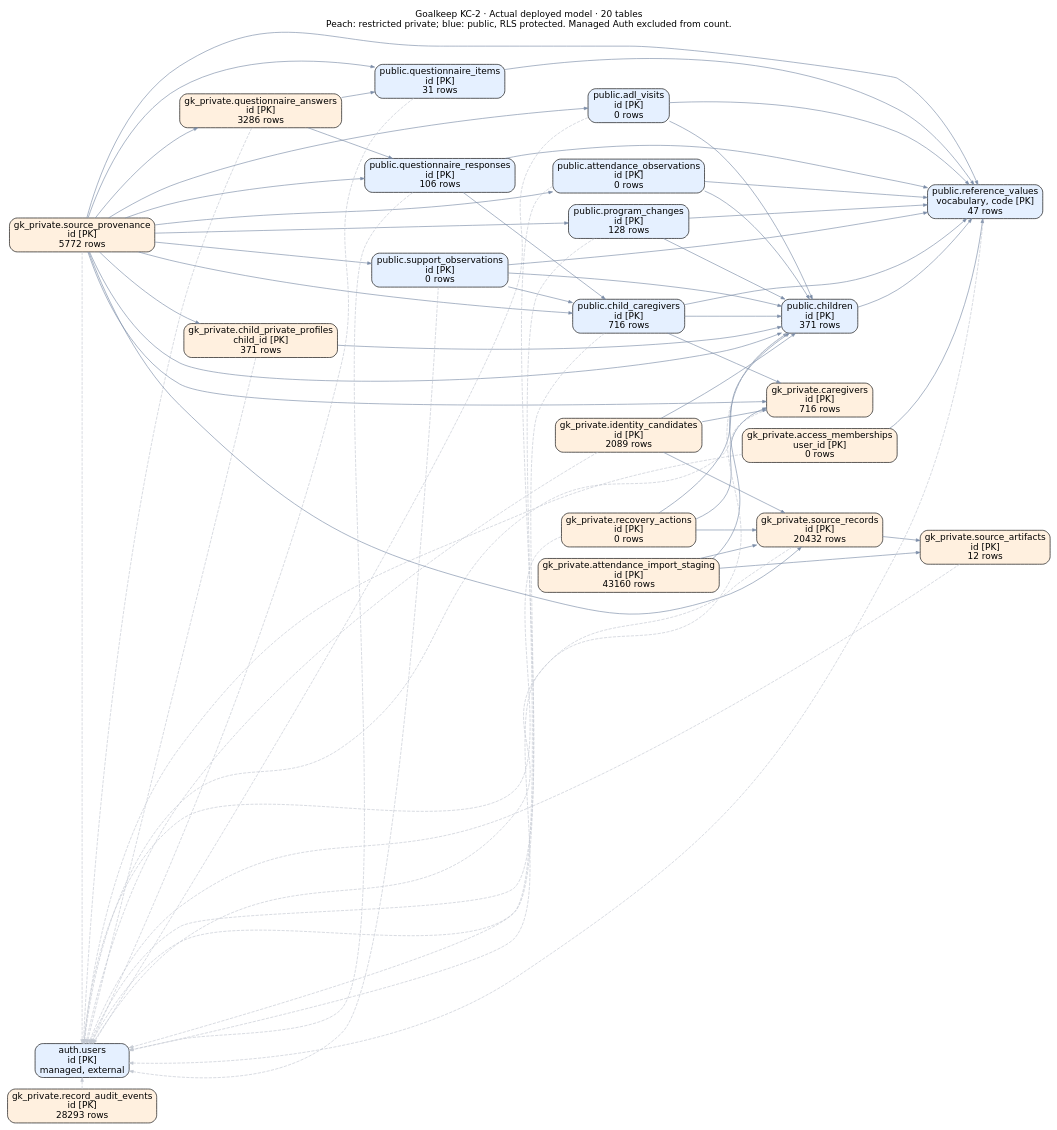
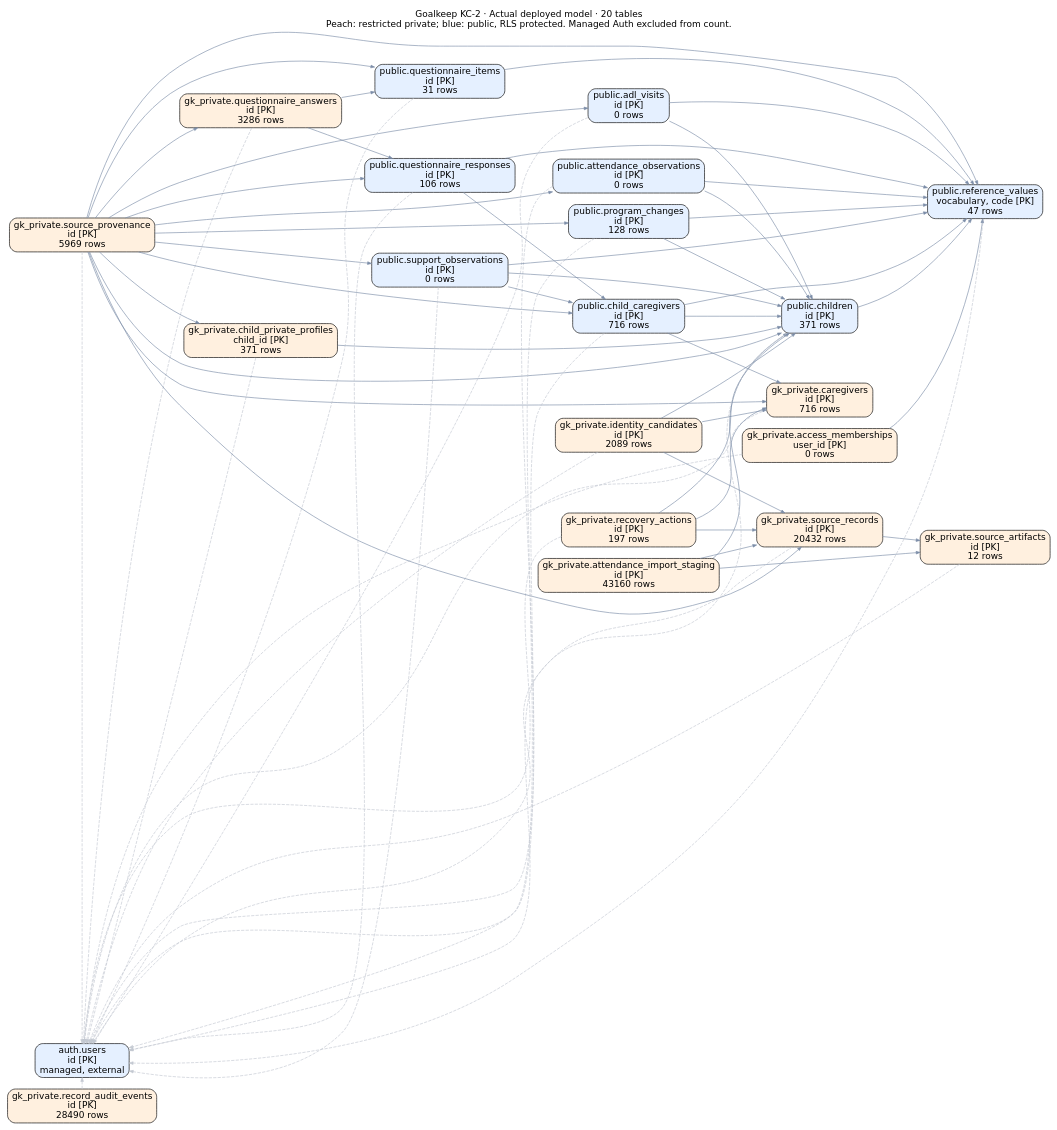
The diagram in docs/visual/final-deployed-er.dot (data-culture-goalkeep/kc2-integrated-data-system-vidhan), drawn with Graphviz before and after one commit. The commit also changed 12 other files, not shown here.

```diff
--- a/docs/visual/final-deployed-er.dot
+++ b/docs/visual/final-deployed-er.dot
@@ -1,85 +1,85 @@
 digraph final { graph[rankdir=LR,bgcolor=white,fontname="DejaVu Sans",labelloc=t,label="Goalkeep KC-2 · Actual deployed model · 20 tables\nPeach: restricted private; blue: public, RLS protected. Managed Auth excluded from count."]; node[shape=box,style="rounded,filled",fontname="DejaVu Sans"];edge[color="#7c8da8",arrowsize=.6];
 GK_PRIVATE_ACCESS_MEMBERSHIPS [label="gk_private.access_memberships\nuser_id [PK]\n0 rows",fillcolor="#fff0df"];
 GK_PRIVATE_ATTENDANCE_IMPORT_STAGING [label="gk_private.attendance_import_staging\nid [PK]\n43160 rows",fillcolor="#fff0df"];
 GK_PRIVATE_CAREGIVERS [label="gk_private.caregivers\nid [PK]\n716 rows",fillcolor="#fff0df"];
 GK_PRIVATE_CHILD_PRIVATE_PROFILES [label="gk_private.child_private_profiles\nchild_id [PK]\n371 rows",fillcolor="#fff0df"];
 GK_PRIVATE_IDENTITY_CANDIDATES [label="gk_private.identity_candidates\nid [PK]\n2089 rows",fillcolor="#fff0df"];
 GK_PRIVATE_QUESTIONNAIRE_ANSWERS [label="gk_private.questionnaire_answers\nid [PK]\n3286 rows",fillcolor="#fff0df"];
-GK_PRIVATE_RECORD_AUDIT_EVENTS [label="gk_private.record_audit_events\nid [PK]\n28293 rows",fillcolor="#fff0df"];
-GK_PRIVATE_RECOVERY_ACTIONS [label="gk_private.recovery_actions\nid [PK]\n0 rows",fillcolor="#fff0df"];
+GK_PRIVATE_RECORD_AUDIT_EVENTS [label="gk_private.record_audit_events\nid [PK]\n28490 rows",fillcolor="#fff0df"];
+GK_PRIVATE_RECOVERY_ACTIONS [label="gk_private.recovery_actions\nid [PK]\n197 rows",fillcolor="#fff0df"];
 GK_PRIVATE_SOURCE_ARTIFACTS [label="gk_private.source_artifacts\nid [PK]\n12 rows",fillcolor="#fff0df"];
-GK_PRIVATE_SOURCE_PROVENANCE [label="gk_private.source_provenance\nid [PK]\n5772 rows",fillcolor="#fff0df"];
+GK_PRIVATE_SOURCE_PROVENANCE [label="gk_private.source_provenance\nid [PK]\n5969 rows",fillcolor="#fff0df"];
 GK_PRIVATE_SOURCE_RECORDS [label="gk_private.source_records\nid [PK]\n20432 rows",fillcolor="#fff0df"];
 PUBLIC_ADL_VISITS [label="public.adl_visits\nid [PK]\n0 rows",fillcolor="#e5f0ff"];
 PUBLIC_ATTENDANCE_OBSERVATIONS [label="public.attendance_observations\nid [PK]\n0 rows",fillcolor="#e5f0ff"];
 PUBLIC_CHILD_CAREGIVERS [label="public.child_caregivers\nid [PK]\n716 rows",fillcolor="#e5f0ff"];
 PUBLIC_CHILDREN [label="public.children\nid [PK]\n371 rows",fillcolor="#e5f0ff"];
 PUBLIC_PROGRAM_CHANGES [label="public.program_changes\nid [PK]\n128 rows",fillcolor="#e5f0ff"];
 PUBLIC_QUESTIONNAIRE_ITEMS [label="public.questionnaire_items\nid [PK]\n31 rows",fillcolor="#e5f0ff"];
 PUBLIC_QUESTIONNAIRE_RESPONSES [label="public.questionnaire_responses\nid [PK]\n106 rows",fillcolor="#e5f0ff"];
 PUBLIC_REFERENCE_VALUES [label="public.reference_values\nvocabulary, code [PK]\n47 rows",fillcolor="#e5f0ff"];
 PUBLIC_SUPPORT_OBSERVATIONS [label="public.support_observations\nid [PK]\n0 rows",fillcolor="#e5f0ff"];
 AUTH_USERS [label="auth.users\nid [PK]\nmanaged, external",fillcolor="#e5f0ff"];
 GK_PRIVATE_ACCESS_MEMBERSHIPS -> AUTH_USERS [style=dashed,color="#c3c9d1",constraint=false];
 GK_PRIVATE_ACCESS_MEMBERSHIPS -> PUBLIC_REFERENCE_VALUES;
 GK_PRIVATE_ATTENDANCE_IMPORT_STAGING -> GK_PRIVATE_SOURCE_ARTIFACTS;
 GK_PRIVATE_ATTENDANCE_IMPORT_STAGING -> GK_PRIVATE_SOURCE_RECORDS;
 GK_PRIVATE_ATTENDANCE_IMPORT_STAGING -> PUBLIC_CHILDREN;
 GK_PRIVATE_CAREGIVERS -> AUTH_USERS [style=dashed,color="#c3c9d1",constraint=false];
 GK_PRIVATE_CHILD_PRIVATE_PROFILES -> AUTH_USERS [style=dashed,color="#c3c9d1",constraint=false];
 GK_PRIVATE_CHILD_PRIVATE_PROFILES -> PUBLIC_CHILDREN;
 GK_PRIVATE_IDENTITY_CANDIDATES -> GK_PRIVATE_SOURCE_RECORDS;
 GK_PRIVATE_IDENTITY_CANDIDATES -> PUBLIC_CHILDREN;
 GK_PRIVATE_IDENTITY_CANDIDATES -> GK_PRIVATE_CAREGIVERS;
 GK_PRIVATE_IDENTITY_CANDIDATES -> AUTH_USERS [style=dashed,color="#c3c9d1",constraint=false];
 GK_PRIVATE_QUESTIONNAIRE_ANSWERS -> AUTH_USERS [style=dashed,color="#c3c9d1",constraint=false];
 GK_PRIVATE_QUESTIONNAIRE_ANSWERS -> PUBLIC_QUESTIONNAIRE_RESPONSES;
 GK_PRIVATE_QUESTIONNAIRE_ANSWERS -> PUBLIC_QUESTIONNAIRE_ITEMS;
 GK_PRIVATE_RECORD_AUDIT_EVENTS -> AUTH_USERS [style=dashed,color="#c3c9d1",constraint=false];
 GK_PRIVATE_RECOVERY_ACTIONS -> GK_PRIVATE_SOURCE_RECORDS;
 GK_PRIVATE_RECOVERY_ACTIONS -> PUBLIC_CHILDREN;
 GK_PRIVATE_RECOVERY_ACTIONS -> GK_PRIVATE_CAREGIVERS;
 GK_PRIVATE_RECOVERY_ACTIONS -> AUTH_USERS [style=dashed,color="#c3c9d1",constraint=false];
 GK_PRIVATE_SOURCE_ARTIFACTS -> AUTH_USERS [style=dashed,color="#c3c9d1",constraint=false];
 GK_PRIVATE_SOURCE_PROVENANCE -> AUTH_USERS [style=dashed,color="#c3c9d1",constraint=false];
 GK_PRIVATE_SOURCE_PROVENANCE -> GK_PRIVATE_QUESTIONNAIRE_ANSWERS;
 GK_PRIVATE_SOURCE_PROVENANCE -> PUBLIC_ATTENDANCE_OBSERVATIONS;
 GK_PRIVATE_SOURCE_PROVENANCE -> PUBLIC_SUPPORT_OBSERVATIONS;
 GK_PRIVATE_SOURCE_PROVENANCE -> PUBLIC_ADL_VISITS;
 GK_PRIVATE_SOURCE_PROVENANCE -> PUBLIC_REFERENCE_VALUES;
 GK_PRIVATE_SOURCE_PROVENANCE -> GK_PRIVATE_SOURCE_RECORDS;
 GK_PRIVATE_SOURCE_PROVENANCE -> PUBLIC_CHILDREN;
 GK_PRIVATE_SOURCE_PROVENANCE -> GK_PRIVATE_CHILD_PRIVATE_PROFILES;
 GK_PRIVATE_SOURCE_PROVENANCE -> GK_PRIVATE_CAREGIVERS;
 GK_PRIVATE_SOURCE_PROVENANCE -> PUBLIC_CHILD_CAREGIVERS;
 GK_PRIVATE_SOURCE_PROVENANCE -> PUBLIC_PROGRAM_CHANGES;
 GK_PRIVATE_SOURCE_PROVENANCE -> PUBLIC_QUESTIONNAIRE_RESPONSES;
 GK_PRIVATE_SOURCE_PROVENANCE -> PUBLIC_QUESTIONNAIRE_ITEMS;
 GK_PRIVATE_SOURCE_RECORDS -> AUTH_USERS [style=dashed,color="#c3c9d1",constraint=false];
 GK_PRIVATE_SOURCE_RECORDS -> GK_PRIVATE_SOURCE_ARTIFACTS;
 PUBLIC_ADL_VISITS -> AUTH_USERS [style=dashed,color="#c3c9d1",constraint=false];
 PUBLIC_ADL_VISITS -> PUBLIC_CHILDREN;
 PUBLIC_ADL_VISITS -> PUBLIC_REFERENCE_VALUES;
 PUBLIC_ATTENDANCE_OBSERVATIONS -> AUTH_USERS [style=dashed,color="#c3c9d1",constraint=false];
 PUBLIC_ATTENDANCE_OBSERVATIONS -> PUBLIC_CHILDREN;
 PUBLIC_ATTENDANCE_OBSERVATIONS -> PUBLIC_REFERENCE_VALUES;
 PUBLIC_CHILD_CAREGIVERS -> AUTH_USERS [style=dashed,color="#c3c9d1",constraint=false];
 PUBLIC_CHILD_CAREGIVERS -> PUBLIC_CHILDREN;
 PUBLIC_CHILD_CAREGIVERS -> GK_PRIVATE_CAREGIVERS;
 PUBLIC_CHILD_CAREGIVERS -> PUBLIC_REFERENCE_VALUES;
 PUBLIC_CHILDREN -> AUTH_USERS [style=dashed,color="#c3c9d1",constraint=false];
 PUBLIC_CHILDREN -> PUBLIC_REFERENCE_VALUES;
 PUBLIC_PROGRAM_CHANGES -> AUTH_USERS [style=dashed,color="#c3c9d1",constraint=false];
 PUBLIC_PROGRAM_CHANGES -> PUBLIC_CHILDREN;
 PUBLIC_PROGRAM_CHANGES -> PUBLIC_REFERENCE_VALUES;
 PUBLIC_QUESTIONNAIRE_ITEMS -> AUTH_USERS [style=dashed,color="#c3c9d1",constraint=false];
 PUBLIC_QUESTIONNAIRE_ITEMS -> PUBLIC_REFERENCE_VALUES;
 PUBLIC_QUESTIONNAIRE_RESPONSES -> AUTH_USERS [style=dashed,color="#c3c9d1",constraint=false];
 PUBLIC_QUESTIONNAIRE_RESPONSES -> PUBLIC_CHILD_CAREGIVERS;
 PUBLIC_QUESTIONNAIRE_RESPONSES -> PUBLIC_REFERENCE_VALUES;
 PUBLIC_REFERENCE_VALUES -> AUTH_USERS [style=dashed,color="#c3c9d1",constraint=false];
 PUBLIC_SUPPORT_OBSERVATIONS -> AUTH_USERS [style=dashed,color="#c3c9d1",constraint=false];
 PUBLIC_SUPPORT_OBSERVATIONS -> PUBLIC_CHILDREN;
 PUBLIC_SUPPORT_OBSERVATIONS -> PUBLIC_CHILD_CAREGIVERS;
 PUBLIC_SUPPORT_OBSERVATIONS -> PUBLIC_REFERENCE_VALUES;
 }
```
